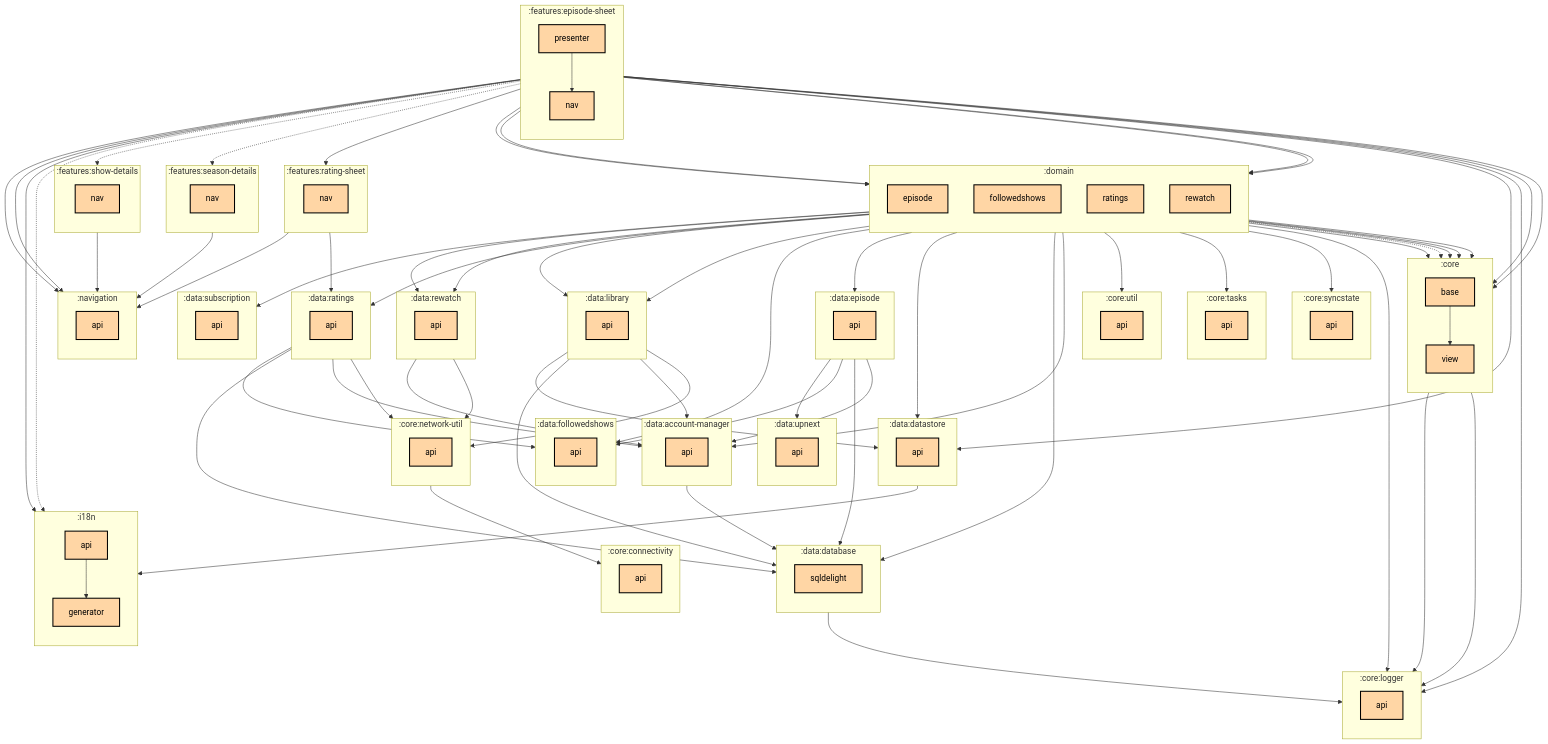
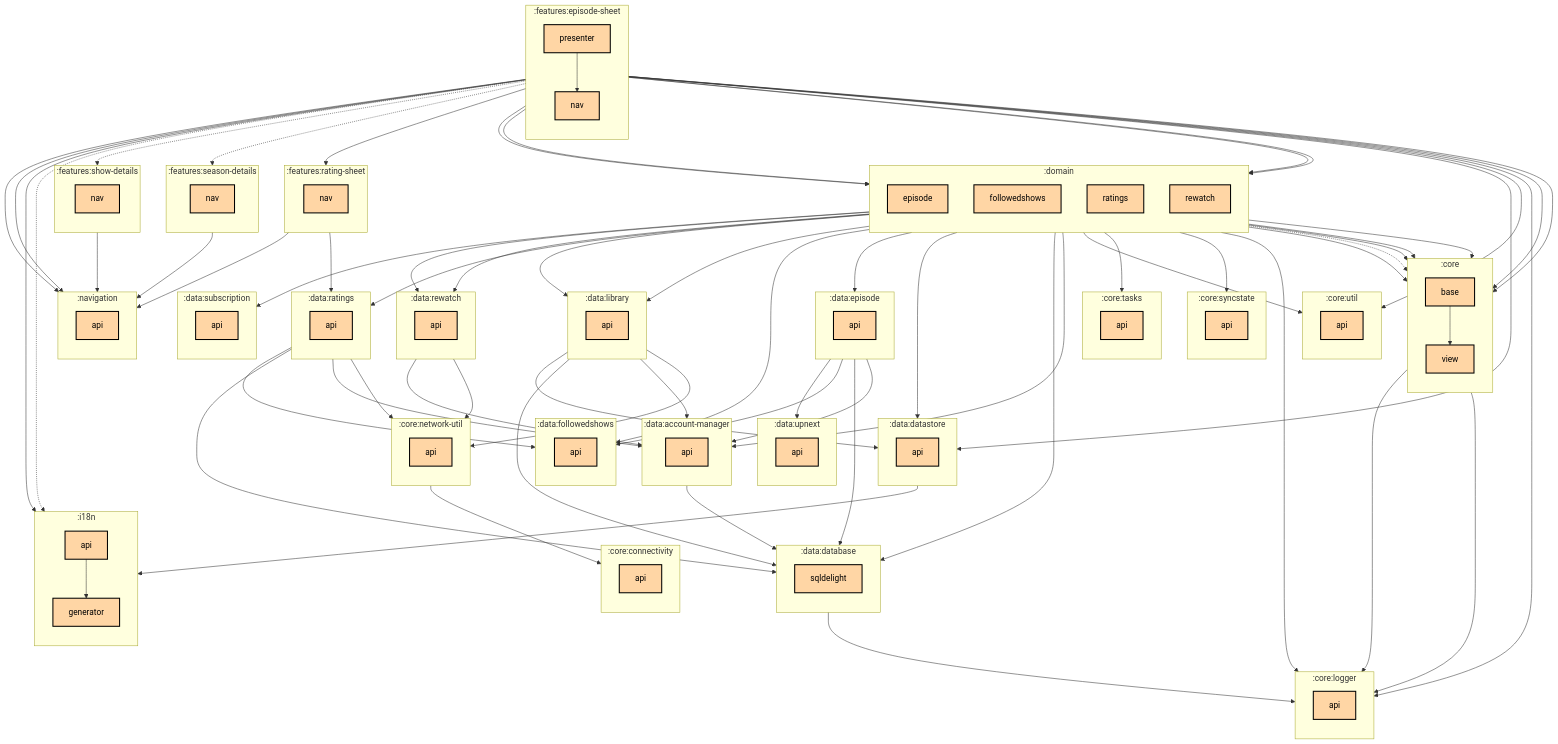
The first of 2 diagrams in features/episode-sheet/presenter/README.md (thomaskioko/tv-maniac), drawn with Mermaid before and after one commit. The commit also changed 3 other files, not shown here.

Commit message:
Update graph dependencies

```diff
--- a/features/episode-sheet/presenter/README.md
+++ b/features/episode-sheet/presenter/README.md
@@ -152,6 +152,7 @@
   :features:episode-sheet:nav --> :navigation:api
   :features:episode-sheet:presenter --> :core:base
   :features:episode-sheet:presenter --> :core:logger:api
+  :features:episode-sheet:presenter --> :core:util:api
   :features:episode-sheet:presenter --> :core:view
   :features:episode-sheet:presenter --> :data:datastore:api
   :features:episode-sheet:presenter --> :domain:episode
```
